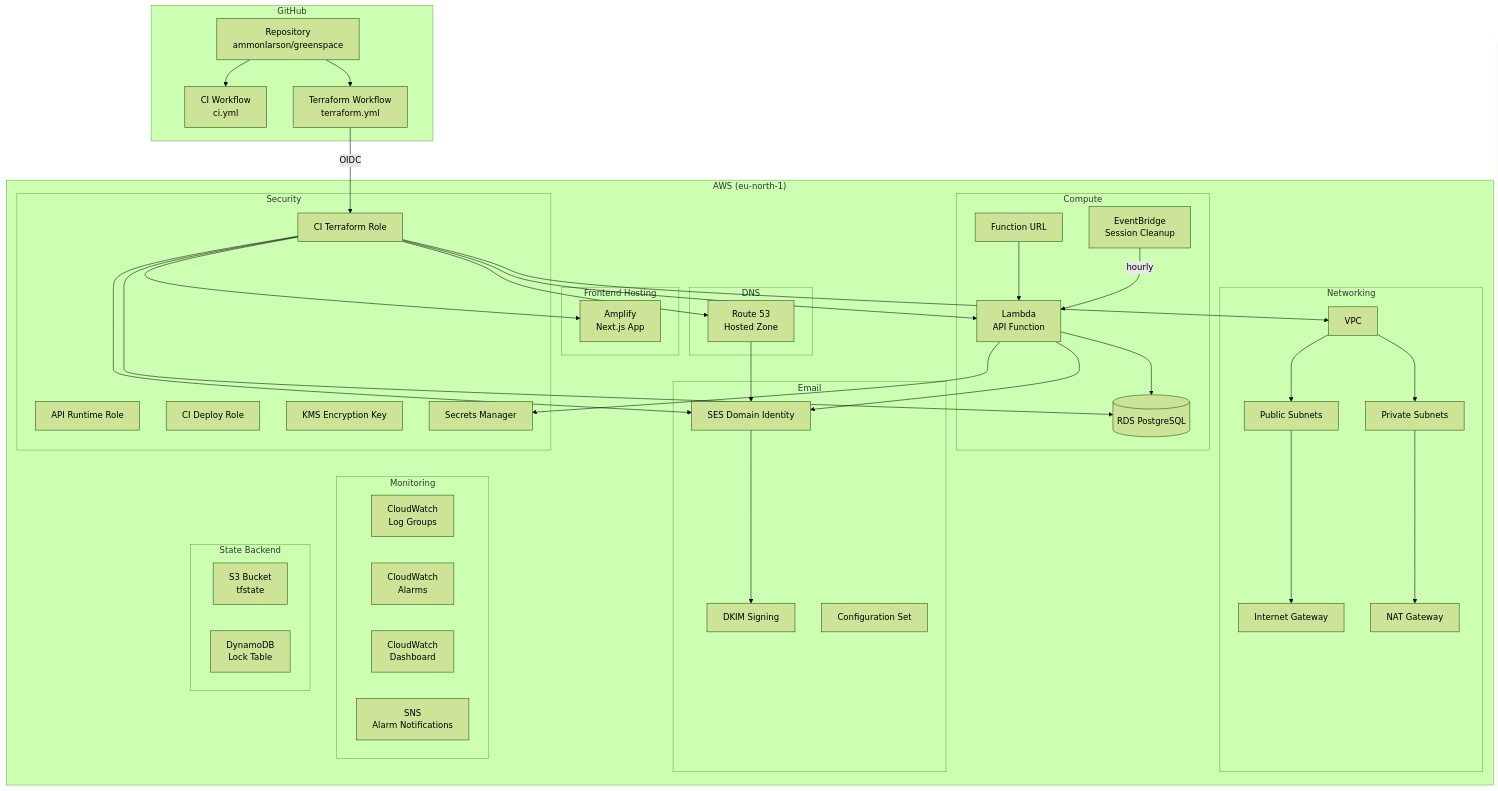
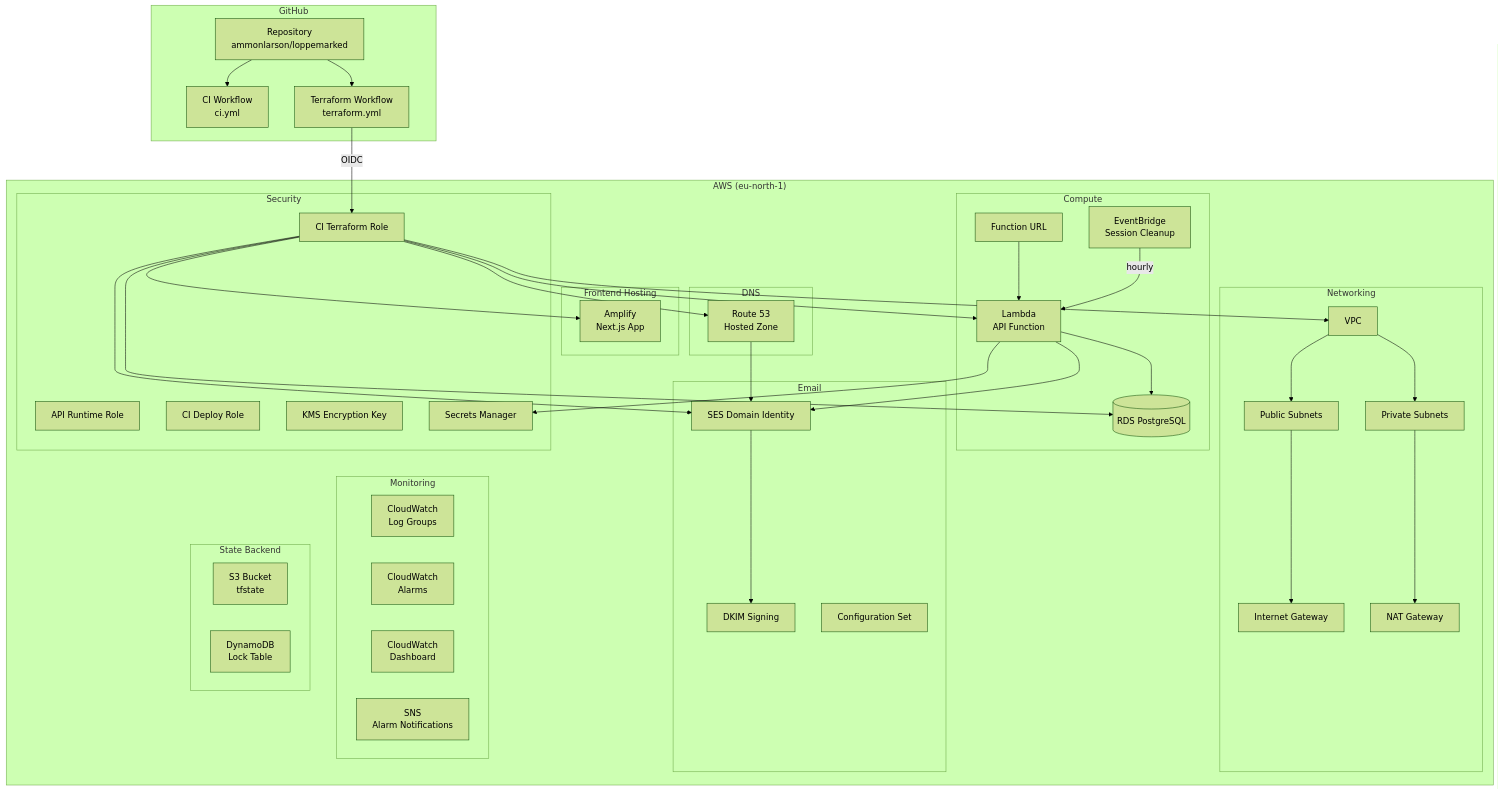
The fifth of 6 diagrams in docs/architecture.md (ammonlarson/loppemarked), drawn with Mermaid (forest theme) before and after one commit. The commit also changed other lines of this file and 81 other files, not shown here.

````diff
--- a/docs/architecture.md
+++ b/docs/architecture.md
@@ -259,80 +259,80 @@
 ```mermaid
 graph TB
     subgraph "GitHub"
-        REPO[Repository<br/>ammonlarson/greenspace]
+        REPO[Repository<br/>ammonlarson/loppemarked]
         CI[CI Workflow<br/>ci.yml]
         TF_WF[Terraform Workflow<br/>terraform.yml]
     end
 
     subgraph "AWS (eu-north-1)"
         subgraph "Networking"
             VPC[VPC]
             PUB_SUB[Public Subnets]
             PRIV_SUB[Private Subnets]
             IGW[Internet Gateway]
             NAT[NAT Gateway]
         end
 
         subgraph "Compute"
             LAMBDA[Lambda<br/>API Function]
             LAMBDA_URL[Function URL]
             EB[EventBridge<br/>Session Cleanup]
             RDS[(RDS PostgreSQL)]
         end
 
         subgraph "Frontend Hosting"
             AMPLIFY[Amplify<br/>Next.js App]
         end
 
         subgraph "Email"
             SES_ID[SES Domain Identity]
             SES_DKIM[DKIM Signing]
             SES_CS[Configuration Set]
         end
 
         subgraph "DNS"
             R53[Route 53<br/>Hosted Zone]
         end
 
         subgraph "Security"
             IAM_API[API Runtime Role]
             IAM_CI[CI Deploy Role]
             IAM_TF[CI Terraform Role]
             KMS[KMS Encryption Key]
             SECRETS[Secrets Manager]
         end
 
         subgraph "Monitoring"
             CW[CloudWatch<br/>Log Groups]
             ALARMS[CloudWatch<br/>Alarms]
             DASH[CloudWatch<br/>Dashboard]
             SNS[SNS<br/>Alarm Notifications]
         end
 
         subgraph "State Backend"
             S3[S3 Bucket<br/>tfstate]
             DDB[DynamoDB<br/>Lock Table]
         end
     end
 
     REPO --> CI
     REPO --> TF_WF
     TF_WF -->|OIDC| IAM_TF
     IAM_TF --> VPC
     IAM_TF --> LAMBDA
     IAM_TF --> RDS
     IAM_TF --> SES_ID
     IAM_TF --> R53
     IAM_TF --> AMPLIFY
     LAMBDA_URL --> LAMBDA
     EB -->|hourly| LAMBDA
     LAMBDA --> RDS
     LAMBDA --> SES_ID
     LAMBDA --> SECRETS
     VPC --> PUB_SUB
     VPC --> PRIV_SUB
     PUB_SUB --> IGW
     PRIV_SUB --> NAT
     R53 --> SES_ID
     SES_ID --> SES_DKIM
 ```
````
